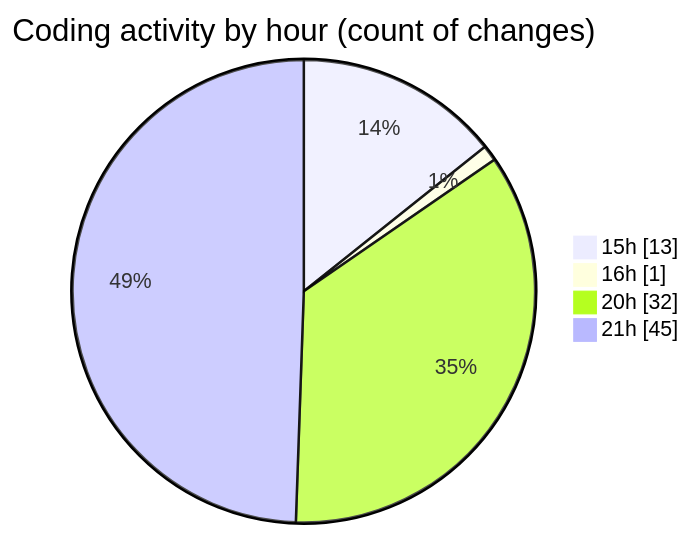
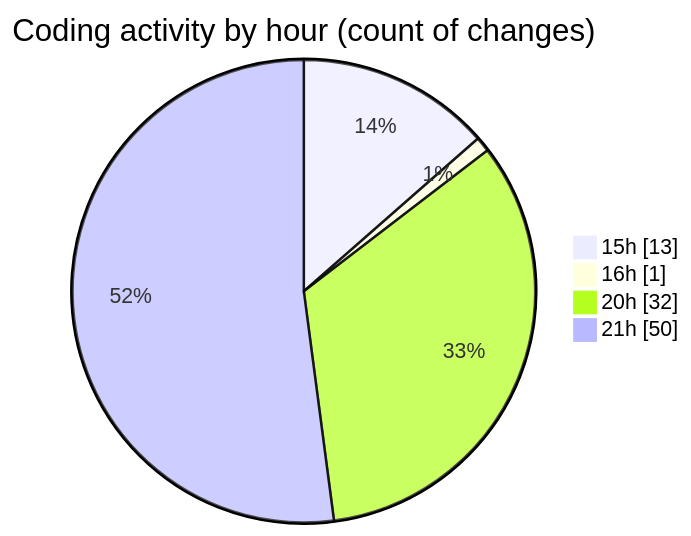
One commit to EIIisD/code-tracking changed the second of 2 diagrams in 2025-07-17/ribbon/README.md. Above: the diagram before and after it, drawn with Mermaid. The commit also changed other lines of this file and 1 other file, not shown here.

````diff
--- a/2025-07-17/ribbon/README.md
+++ b/2025-07-17/ribbon/README.md
@@ -66,8 +66,8 @@
 ```mermaid
 pie showData
 title Coding activity by hour (count of changes)
 "15h" : 13
 "16h" : 1
 "20h" : 32
-"21h" : 45
+"21h" : 50
 ```
````
